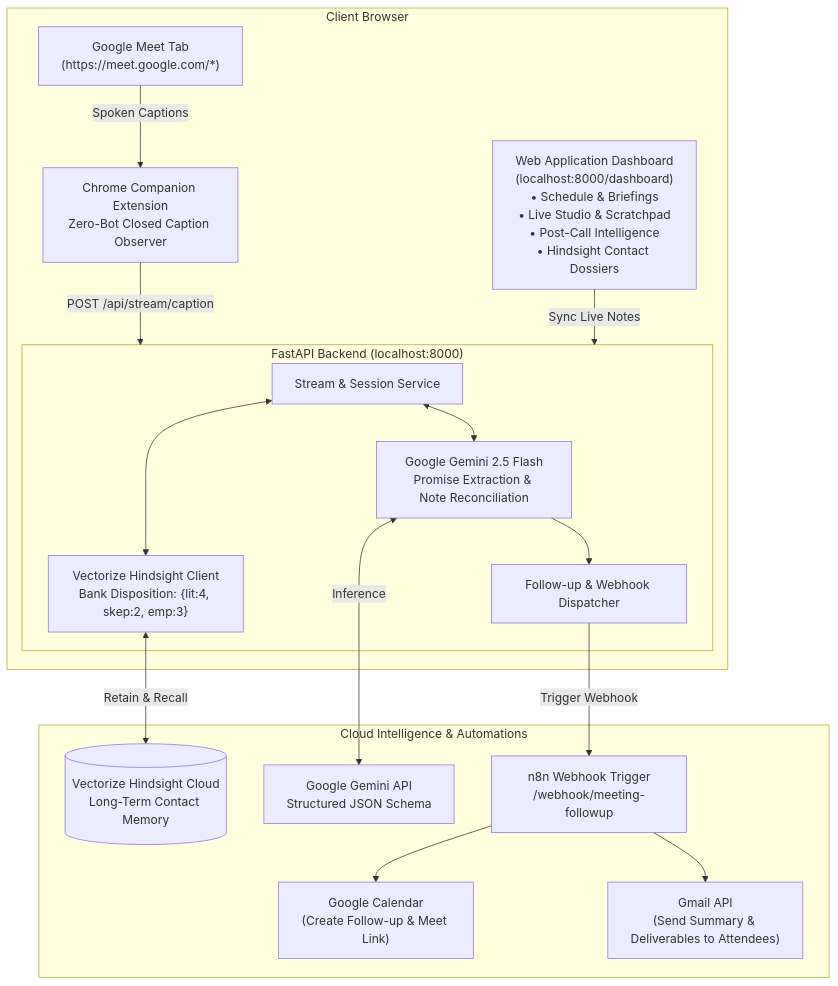
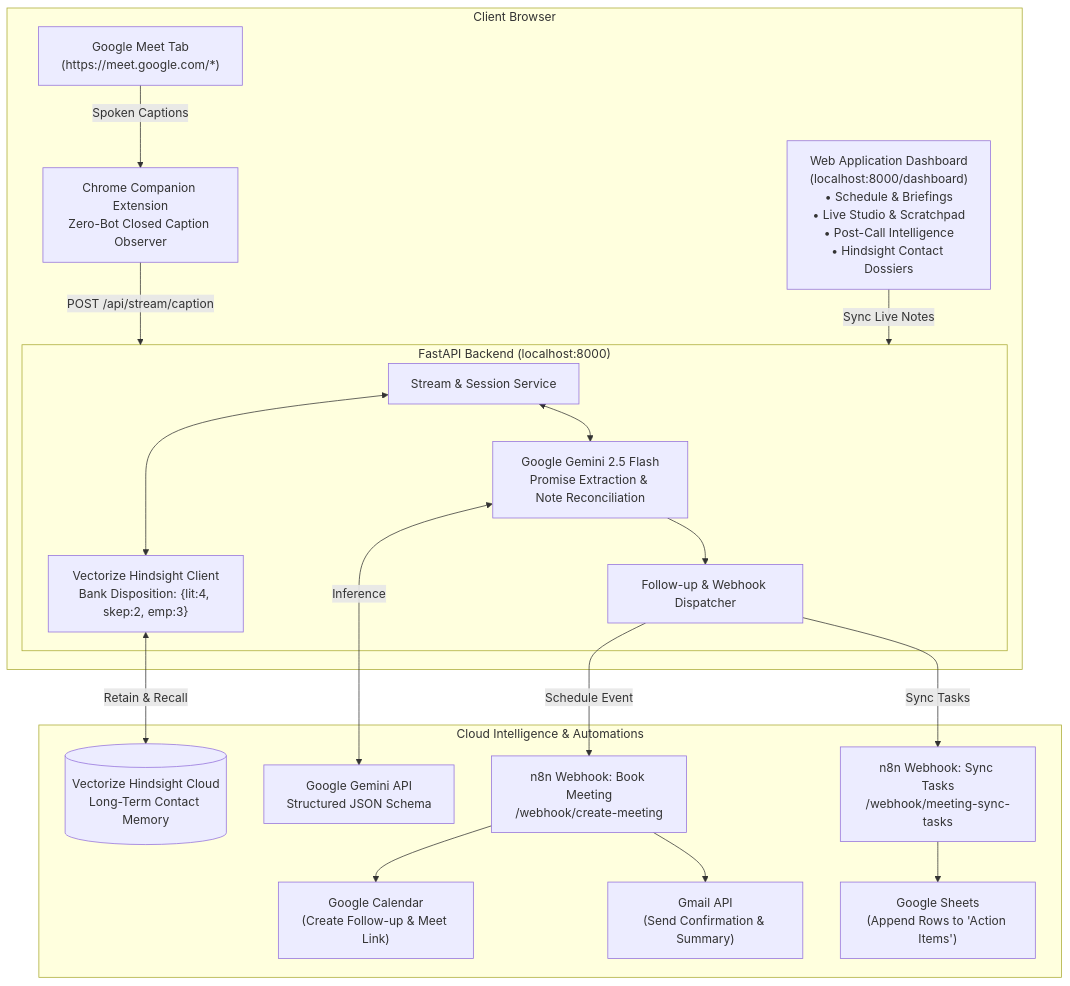
Before and after one commit to TanishqSiva/RecallixAI: the diagram in README.md, drawn with Mermaid. The commit also changed other lines of this file and 1 other file, not shown here.

````diff
--- a/README.md
+++ b/README.md
@@ -22,37 +22,41 @@
 ```mermaid
 flowchart TD
     subgraph Browser ["Client Browser"]
         Meet["Google Meet Tab\n(https://meet.google.com/*)"]
         Extension["Chrome Companion Extension\nZero-Bot Closed Caption Observer"]
         Dashboard["Web Application Dashboard\n(localhost:8000/dashboard)\n• Schedule & Briefings\n• Live Studio & Scratchpad\n• Post-Call Intelligence\n• Hindsight Contact Dossiers"]
         
         Meet -->|Spoken Captions| Extension
         Extension -->|POST /api/stream/caption| Backend
         Dashboard -->|Sync Live Notes| Backend
     end
 
     subgraph Backend ["FastAPI Backend (localhost:8000)"]
         StreamAPI["Stream & Session Service"]
         GeminiEngine["Google Gemini 2.5 Flash\nPromise Extraction & Note Reconciliation"]
         HindsightEngine["Vectorize Hindsight Client\nBank Disposition: {lit:4, skep:2, emp:3}"]
         ActionRouter["Follow-up & Webhook Dispatcher"]
         
         StreamAPI <--> GeminiEngine
         StreamAPI <--> HindsightEngine
         GeminiEngine --> ActionRouter
     end
 
     subgraph External ["Cloud Intelligence & Automations"]
         HindsightCloud[("Vectorize Hindsight Cloud\nLong-Term Contact Memory")]
         GeminiAPI["Google Gemini API\nStructured JSON Schema"]
-        n8nWebhook["n8n Webhook Trigger\n/webhook/meeting-followup"]
+        n8nMeeting["n8n Webhook: Book Meeting\n/webhook/create-meeting"]
+        n8nTasks["n8n Webhook: Sync Tasks\n/webhook/meeting-sync-tasks"]
         GCal["Google Calendar\n(Create Follow-up & Meet Link)"]
-        Gmail["Gmail API\n(Send Summary & Deliverables to Attendees)"]
+        Gmail["Gmail API\n(Send Confirmation & Summary)"]
+        GSheet["Google Sheets\n(Append Rows to 'Action Items')"]
 
         HindsightEngine <-->|Retain & Recall| HindsightCloud
         GeminiEngine <-->|Inference| GeminiAPI
-        ActionRouter -->|Trigger Webhook| n8nWebhook
-        n8nWebhook --> GCal
-        n8nWebhook --> Gmail
+        ActionRouter -->|Schedule Event| n8nMeeting
+        ActionRouter -->|Sync Tasks| n8nTasks
+        n8nMeeting --> GCal
+        n8nMeeting --> Gmail
+        n8nTasks --> GSheet
     end
 ```
````
